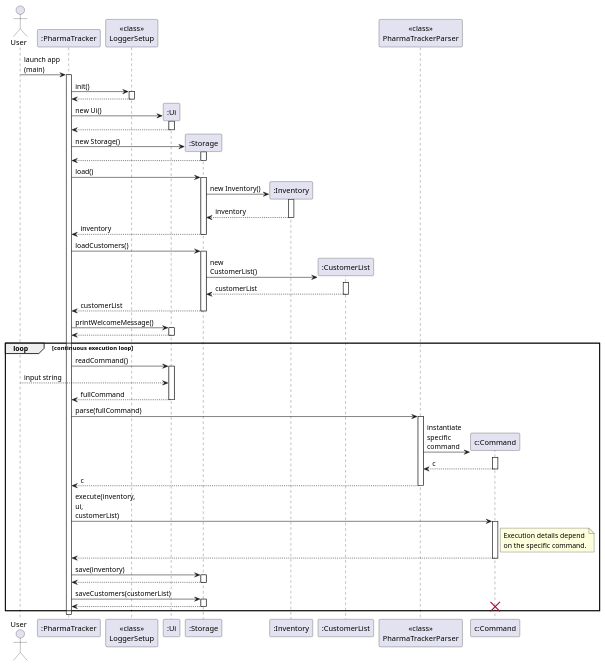
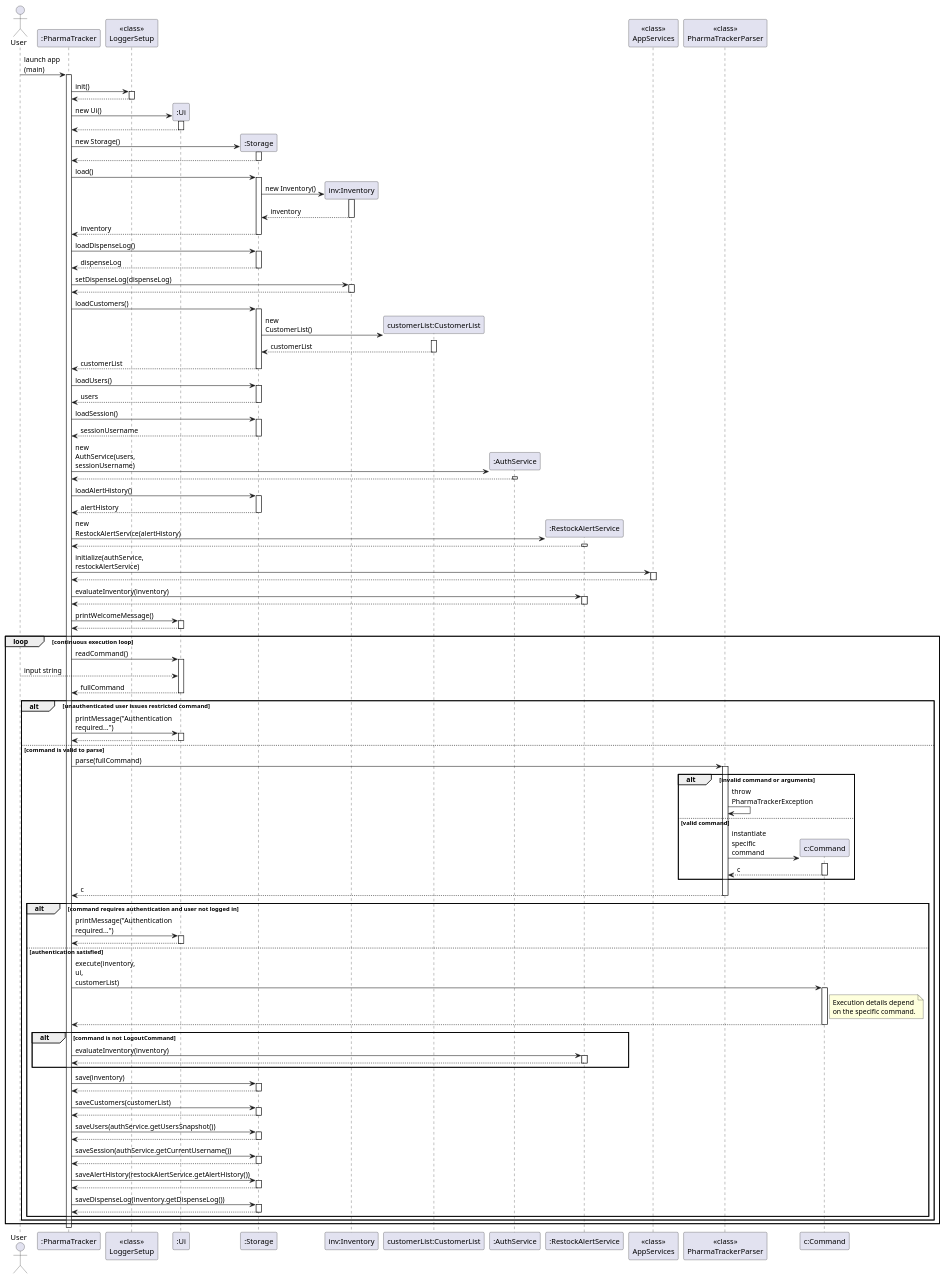
The diagram in docs/diagrams/ArchitectureSequence.puml (Yaqi66/tp), drawn with PlantUML before and after one commit. The commit also changed 21 other files, not shown here.

Commit message:
Update sequence diagrams

```diff
--- a/docs/diagrams/ArchitectureSequence.puml
+++ b/docs/diagrams/ArchitectureSequence.puml
@@ -1,104 +1,199 @@
 @startuml
 skinparam ArrowFontStyle plain
 skinparam maxMessageSize 100
 
 actor User
 participant ":PharmaTracker" as PharmaTracker
 participant "<<class>>\nLoggerSetup" as LoggerSetup
 participant ":Ui" as Ui
 participant ":Storage" as Storage
-participant ":Inventory" as Inventory
-participant ":CustomerList" as CustomerList
-participant "<<class>>\nPharmaTrackerParser" as PTP
+participant "inv:Inventory" as Inventory
+participant "customerList:CustomerList" as CustomerList
+participant ":AuthService" as AuthService
+participant ":RestockAlertService" as RestockAlertService
+participant "<<class>>\nAppServices" as AppServices
+participant "<<class>>\nPharmaTrackerParser" as Parser
 participant "c:Command" as Command
 
 User -> PharmaTracker : launch app (main)
 activate PharmaTracker
 
 PharmaTracker -> LoggerSetup : init()
 activate LoggerSetup
 LoggerSetup --> PharmaTracker
 deactivate LoggerSetup
 
 create Ui
 PharmaTracker -> Ui : new Ui()
 activate Ui
 Ui --> PharmaTracker
 deactivate Ui
 
 create Storage
 PharmaTracker -> Storage : new Storage()
 activate Storage
 Storage --> PharmaTracker
 deactivate Storage
 
 PharmaTracker -> Storage : load()
 activate Storage
 create Inventory
 Storage -> Inventory : new Inventory()
 activate Inventory
 Inventory --> Storage : inventory
 deactivate Inventory
 Storage --> PharmaTracker : inventory
 deactivate Storage
 
+PharmaTracker -> Storage : loadDispenseLog()
+activate Storage
+Storage --> PharmaTracker : dispenseLog
+deactivate Storage
+
+PharmaTracker -> Inventory : setDispenseLog(dispenseLog)
+activate Inventory
+Inventory --> PharmaTracker
+deactivate Inventory
+
 PharmaTracker -> Storage : loadCustomers()
 activate Storage
 create CustomerList
 Storage -> CustomerList : new CustomerList()
 activate CustomerList
 CustomerList --> Storage : customerList
 deactivate CustomerList
 Storage --> PharmaTracker : customerList
 deactivate Storage
 
+PharmaTracker -> Storage : loadUsers()
+activate Storage
+Storage --> PharmaTracker : users
+deactivate Storage
+
+PharmaTracker -> Storage : loadSession()
+activate Storage
+Storage --> PharmaTracker : sessionUsername
+deactivate Storage
+
+create AuthService
+PharmaTracker -> AuthService : new AuthService(users, sessionUsername)
+activate AuthService
+AuthService --> PharmaTracker
+deactivate AuthService
+
+PharmaTracker -> Storage : loadAlertHistory()
+activate Storage
+Storage --> PharmaTracker : alertHistory
+deactivate Storage
+
+create RestockAlertService
+PharmaTracker -> RestockAlertService : new RestockAlertService(alertHistory)
+activate RestockAlertService
+RestockAlertService --> PharmaTracker
+deactivate RestockAlertService
+
+PharmaTracker -> AppServices : initialize(authService, restockAlertService)
+activate AppServices
+AppServices --> PharmaTracker
+deactivate AppServices
+
+PharmaTracker -> RestockAlertService : evaluateInventory(inventory)
+activate RestockAlertService
+RestockAlertService --> PharmaTracker
+deactivate RestockAlertService
+
 PharmaTracker -> Ui : printWelcomeMessage()
 activate Ui
 Ui --> PharmaTracker
 deactivate Ui
 
 loop continuous execution loop
+
     PharmaTracker -> Ui : readCommand()
     activate Ui
     User --> Ui : input string
     Ui --> PharmaTracker : fullCommand
     deactivate Ui
 
-    PharmaTracker -> PTP : parse(fullCommand)
-    activate PTP
+    alt unauthenticated user issues restricted command
+        PharmaTracker -> Ui : printMessage("Authentication required...")
+        activate Ui
+        Ui --> PharmaTracker
+        deactivate Ui
+    else command is valid to parse
+        PharmaTracker -> Parser : parse(fullCommand)
+        activate Parser
 
-    create Command
-    PTP -> Command : instantiate specific command
-    activate Command
-    Command --> PTP : c
-    deactivate Command
+        alt invalid command or arguments
+            Parser -> Parser : throw PharmaTrackerException
+        else valid command
+            create Command
+            Parser -> Command : instantiate specific command
+            activate Command
+            Command --> Parser : c
+            deactivate Command
+        end
 
-    PTP --> PharmaTracker : c
-    deactivate PTP
+        Parser --> PharmaTracker : c
+        deactivate Parser
 
-    PharmaTracker -> Command : execute(inventory, ui, customerList)
-    activate Command
+        alt command requires authentication and user not logged in
+            PharmaTracker -> Ui : printMessage("Authentication required...")
+            activate Ui
+            Ui --> PharmaTracker
+            deactivate Ui
+        else authentication satisfied
+            PharmaTracker -> Command : execute(inventory, ui, customerList)
+            activate Command
 
-    note right of Command
-        Execution details depend
-        on the specific command.
-    end note
+            note right of Command
+                Execution details depend
+                on the specific command.
+            end note
 
-    Command --> PharmaTracker
-    deactivate Command
+            Command --> PharmaTracker
+            deactivate Command
 
-    PharmaTracker -> Storage : save(inventory)
-    activate Storage
-    Storage --> PharmaTracker
-    deactivate Storage
+            alt command is not LogoutCommand
+                PharmaTracker -> RestockAlertService : evaluateInventory(inventory)
+                activate RestockAlertService
+                RestockAlertService --> PharmaTracker
+                deactivate RestockAlertService
+            end
 
-    PharmaTracker -> Storage : saveCustomers(customerList)
-    activate Storage
-    Storage --> PharmaTracker
-    deactivate Storage
+            PharmaTracker -> Storage : save(inventory)
+            activate Storage
+            Storage --> PharmaTracker
+            deactivate Storage
 
-    destroy Command
+            PharmaTracker -> Storage : saveCustomers(customerList)
+            activate Storage
+            Storage --> PharmaTracker
+            deactivate Storage
+
+            PharmaTracker -> Storage : saveUsers(authService.getUsersSnapshot())
+            activate Storage
+            Storage --> PharmaTracker
+            deactivate Storage
+
+            PharmaTracker -> Storage : saveSession(authService.getCurrentUsername())
+            activate Storage
+            Storage --> PharmaTracker
+            deactivate Storage
+
+            PharmaTracker -> Storage : saveAlertHistory(restockAlertService.getAlertHistory())
+            activate Storage
+            Storage --> PharmaTracker
+            deactivate Storage
+
+            PharmaTracker -> Storage : saveDispenseLog(inventory.getDispenseLog())
+            activate Storage
+            Storage --> PharmaTracker
+            deactivate Storage
+        end
+    end
+
 end
 
 deactivate PharmaTracker
 @enduml
```
